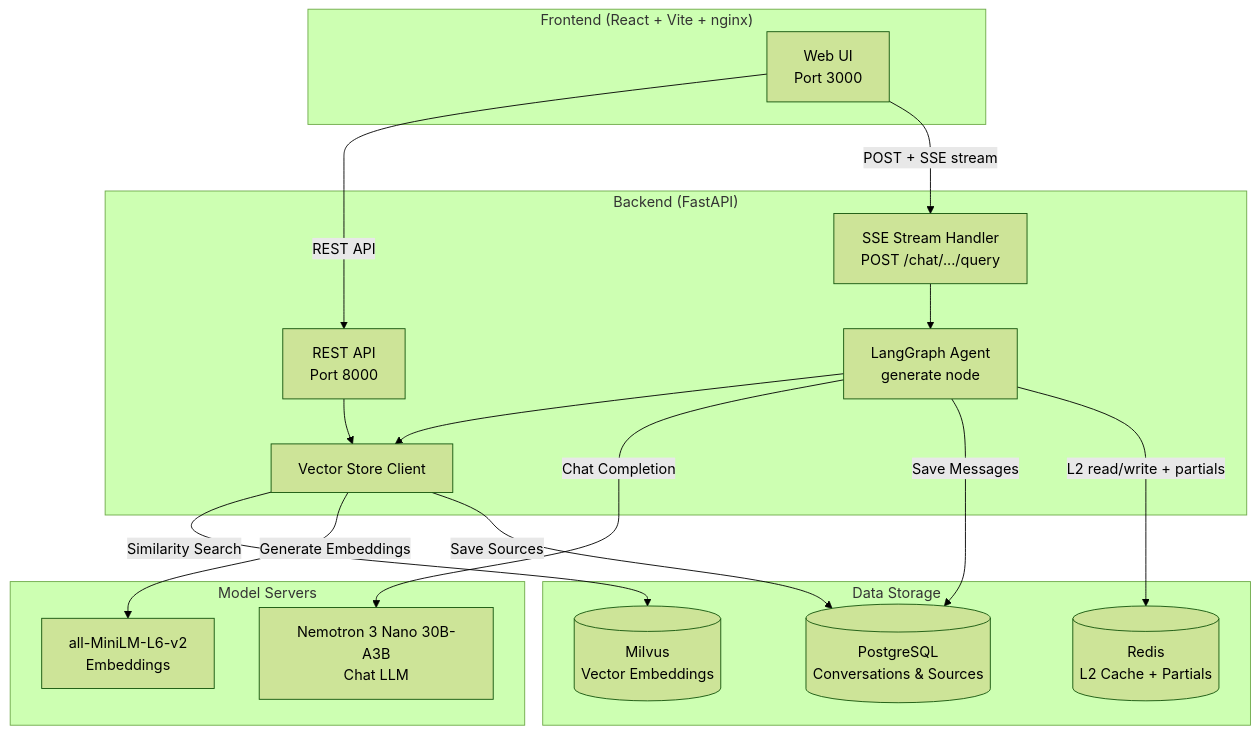
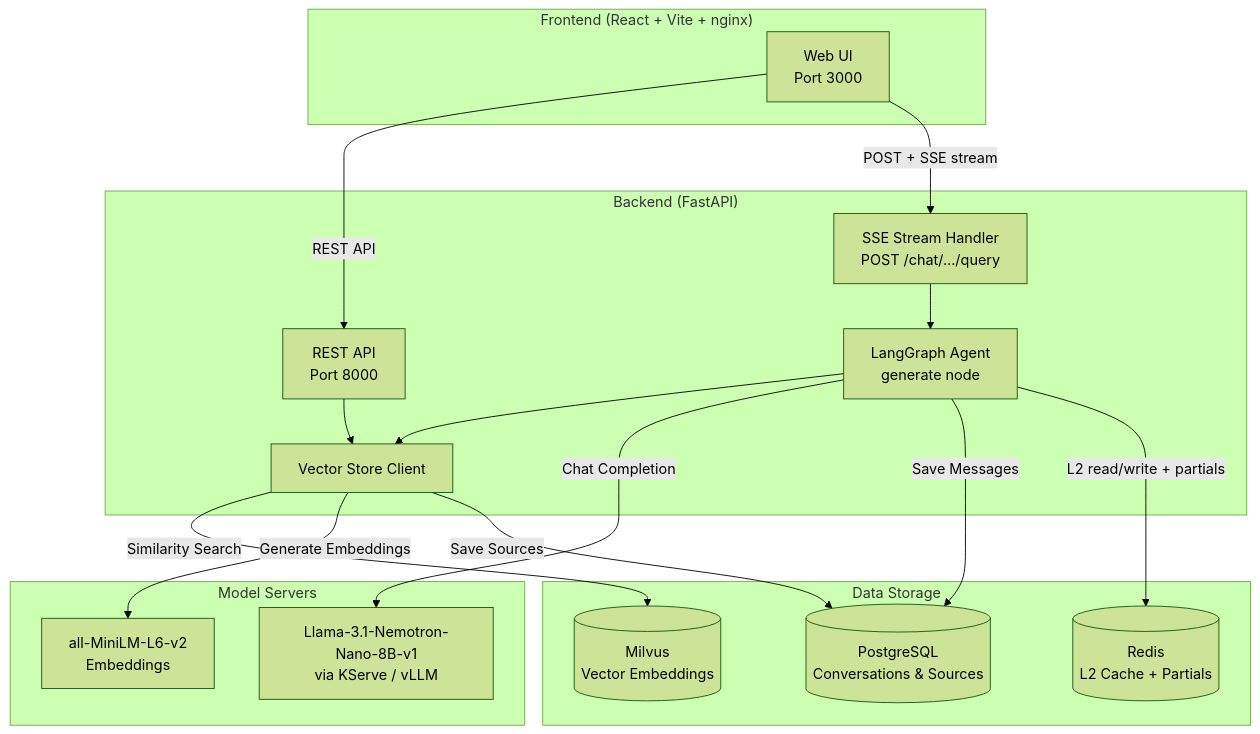
One commit to devgig/rag-agent-chatbot changed the first of 3 diagrams in README.md. Above: the diagram before and after it, drawn with Mermaid (forest theme). The commit also changed other lines of this file and 6 other files, not shown here.

````diff
--- a/README.md
+++ b/README.md
@@ -31,39 +31,39 @@
 ```mermaid
 flowchart TB
     subgraph Frontend["Frontend (React + Vite + nginx)"]
         UI[Web UI<br/>Port 3000]
     end
 
     subgraph Backend["Backend (FastAPI)"]
         API[REST API<br/>Port 8000]
         SSE[SSE Stream Handler<br/>POST /chat/.../query]
         Agent[LangGraph Agent<br/>generate node]
         VectorStore[Vector Store Client]
     end
 
     subgraph Storage["Data Storage"]
         Postgres[(PostgreSQL<br/>Conversations & Sources)]
         Redis[(Redis<br/>L2 Cache + Partials)]
         Milvus[(Milvus<br/>Vector Embeddings)]
     end
 
     subgraph Models["Model Servers"]
-        LLM[Nemotron 3 Nano 30B-A3B<br/>Chat LLM]
+        LLM[Llama-3.1-Nemotron-Nano-8B-v1<br/>via KServe / vLLM]
         Embed[all-MiniLM-L6-v2<br/>Embeddings]
     end
 
     UI -->|REST API| API
     UI -->|POST + SSE stream| SSE
 
     SSE --> Agent
     API --> VectorStore
 
     Agent --> VectorStore
     Agent -->|Chat Completion| LLM
     VectorStore -->|Similarity Search| Milvus
     VectorStore -->|Generate Embeddings| Embed
 
     Agent -->|Save Messages| Postgres
     Agent -->|L2 read/write + partials| Redis
     VectorStore -->|Save Sources| Postgres
 ```
````
